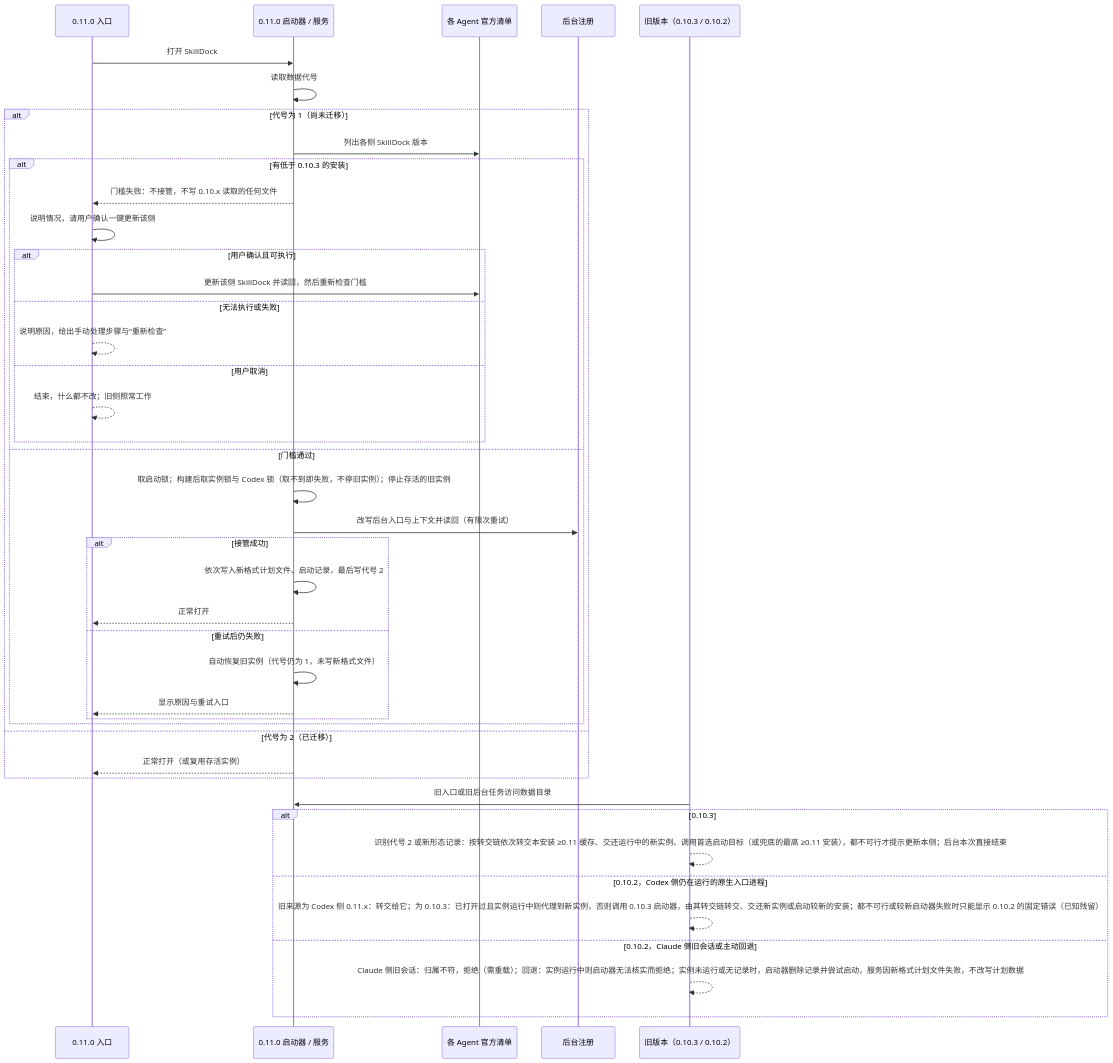
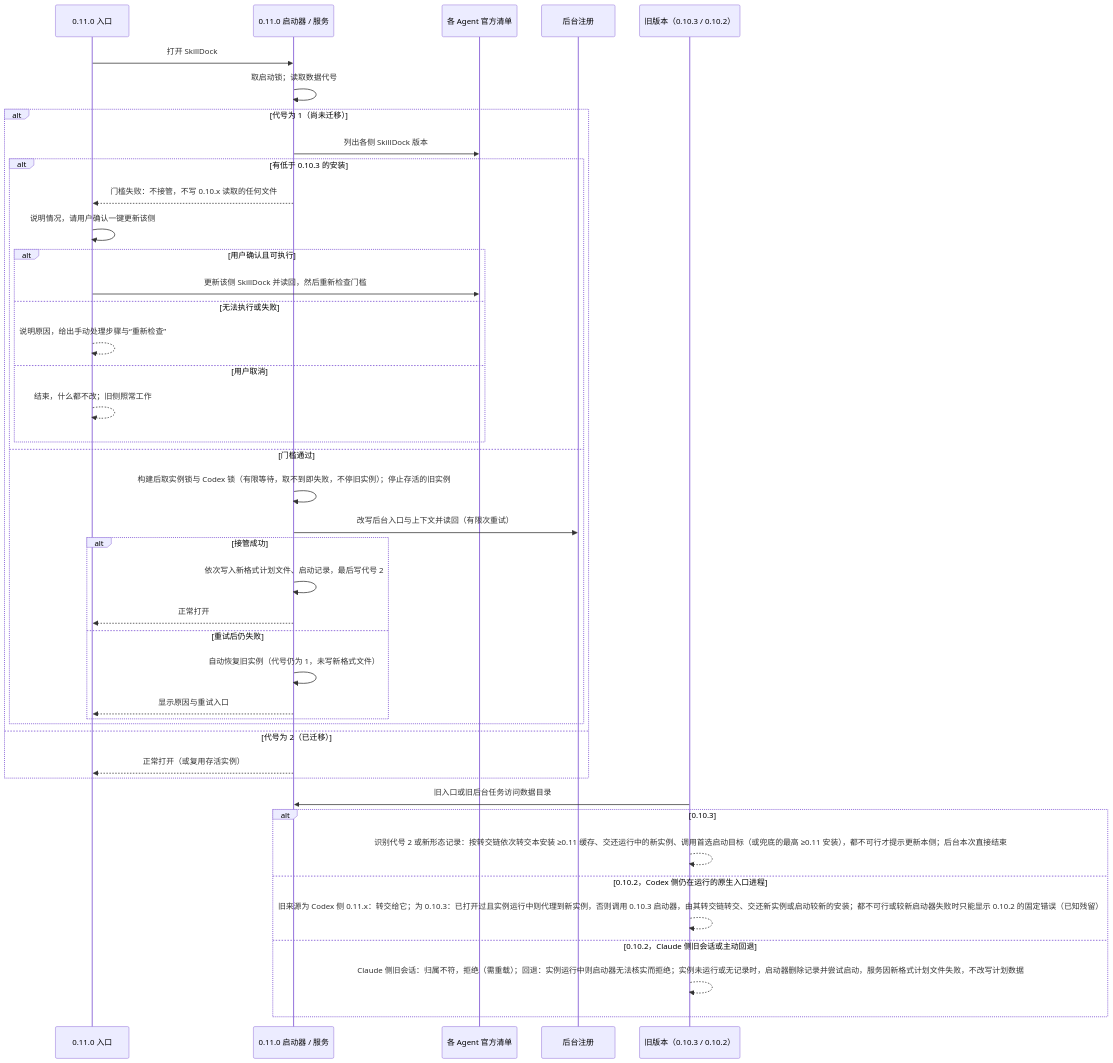
Before and after one commit to TestAny-io/testany-agent-skills: the sixth of 6 diagrams in plugins/skilldock/skills/skill-manager/references/35-cross-agent-hld.md, drawn with Mermaid. The commit also changed other lines of this file and 6 other files, not shown here.

````diff
--- a/plugins/skilldock/skills/skill-manager/references/35-cross-agent-hld.md
+++ b/plugins/skilldock/skills/skill-manager/references/35-cross-agent-hld.md
@@ -991,44 +994,44 @@
 ```mermaid
 sequenceDiagram
     participant E as 0.11.0 入口
     participant L as 0.11.0 启动器 / 服务
     participant R as 各 Agent 官方清单
     participant B as 后台注册
     participant O as 旧版本（0.10.3 / 0.10.2）
     E->>L: 打开 SkillDock
-    L->>L: 读取数据代号
+    L->>L: 取启动锁；读取数据代号
     alt 代号为 1（尚未迁移）
         L->>R: 列出各侧 SkillDock 版本
         alt 有低于 0.10.3 的安装
             L-->>E: 门槛失败：不接管，不写 0.10.x 读取的任何文件
             E->>E: 说明情况，请用户确认一键更新该侧
             alt 用户确认且可执行
                 E->>R: 更新该侧 SkillDock 并读回，然后重新检查门槛
             else 无法执行或失败
                 E-->>E: 说明原因，给出手动处理步骤与“重新检查”
             else 用户取消
                 E-->>E: 结束，什么都不改；旧侧照常工作
             end
         else 门槛通过
-            L->>L: 取启动锁；构建后取实例锁与 Codex 锁（取不到即失败，不停旧实例）；停止存活的旧实例
+            L->>L: 构建后取实例锁与 Codex 锁（有限等待，取不到即失败，不停旧实例）；停止存活的旧实例
             L->>B: 改写后台入口与上下文并读回（有限次重试）
             alt 接管成功
                 L->>L: 依次写入新格式计划文件、启动记录，最后写代号 2
                 L-->>E: 正常打开
             else 重试后仍失败
                 L->>L: 自动恢复旧实例（代号仍为 1，未写新格式文件）
                 L-->>E: 显示原因与重试入口
             end
         end
     else 代号为 2（已迁移）
         L-->>E: 正常打开（或复用存活实例）
     end
     O->>L: 旧入口或旧后台任务访问数据目录
     alt 0.10.3
         O-->>O: 识别代号 2 或新形态记录：按转交链依次转交本安装 ≥0.11 缓存、交还运行中的新实例、调用首选启动目标（或兜底的最高 ≥0.11 安装），都不可行才提示更新本侧；后台本次直接结束
     else 0.10.2，Codex 侧仍在运行的原生入口进程
         O-->>O: 旧来源为 Codex 侧 0.11.x：转交给它；为 0.10.3：已打开过且实例运行中则代理到新实例，否则调用 0.10.3 启动器，由其转交链转交、交还新实例或启动较新的安装；都不可行或较新启动器失败时只能显示 0.10.2 的固定错误（已知残留）
     else 0.10.2，Claude 侧旧会话或主动回退
         O-->>O: Claude 侧旧会话：归属不符，拒绝（需重载）；回退：实例运行中则启动器无法核实而拒绝；实例未运行或无记录时，启动器删除记录并尝试启动，服务因新格式计划文件失败，不改写计划数据
     end
 ```
````
